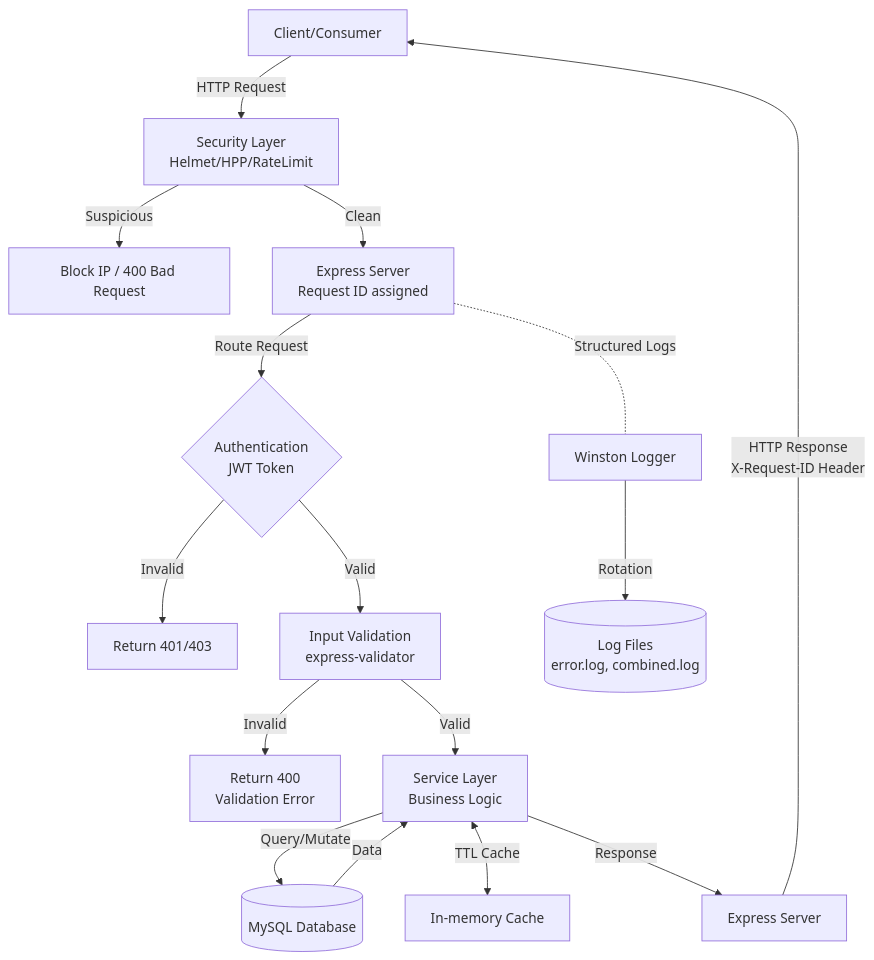
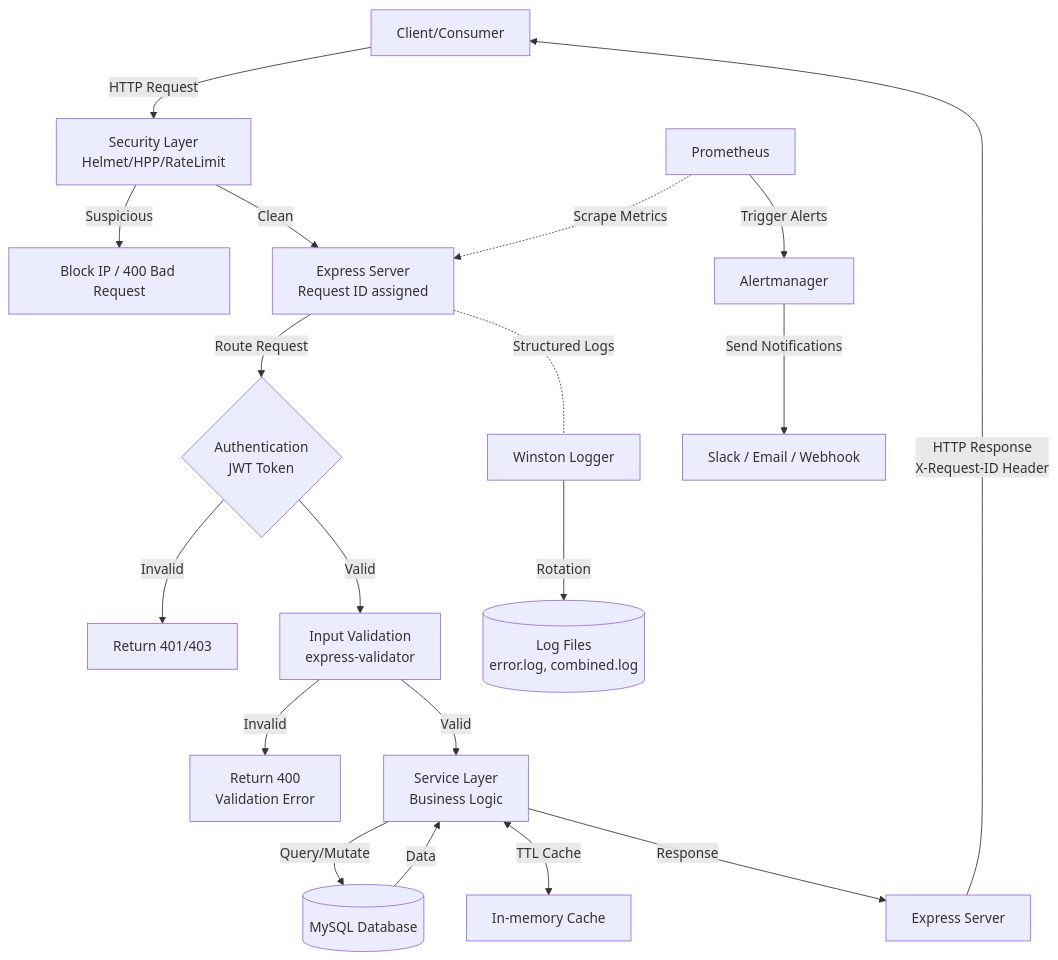
Before and after one commit to philipmagar/taskflow: the diagram in ARCHITECTURE.md, drawn with Mermaid. The commit also changed other lines of this file and 7 other files, not shown here.

````diff
--- a/ARCHITECTURE.md
+++ b/ARCHITECTURE.md
@@ -71,18 +76,21 @@
 ```mermaid
 graph TD
     A[Client/Consumer] -->|HTTP Request| Sec[Security Layer<br/>Helmet/HPP/RateLimit]
     Sec -->|Suspicious| Block[Block IP / 400 Bad Request]
     Sec -->|Clean| B[Express Server<br/>Request ID assigned]
     B -->|Route Request| C{Authentication<br/>JWT Token}
     C -->|Invalid| D[Return 401/403]
     C -->|Valid| E[Input Validation<br/>express-validator]
     E -->|Invalid| F[Return 400<br/>Validation Error]
     E -->|Valid| G[Service Layer<br/>Business Logic]
     G -->|Query/Mutate| H[(MySQL Database)]
     G <-->|TTL Cache| Cache[In-memory Cache]
     H -->|Data| G
     G -->|Response| I[Express Server]
     I -->|HTTP Response<br/>X-Request-ID Header| A
     B-.-|Structured Logs| L[Winston Logger]
     L -->|Rotation| M[(Log Files<br/>error.log, combined.log)]
+    Prom[Prometheus] -.->|Scrape Metrics| B
+    Prom -->|Trigger Alerts| AM[Alertmanager]
+    AM -->|Send Notifications| Notif[Slack / Email / Webhook]
 ```
````
